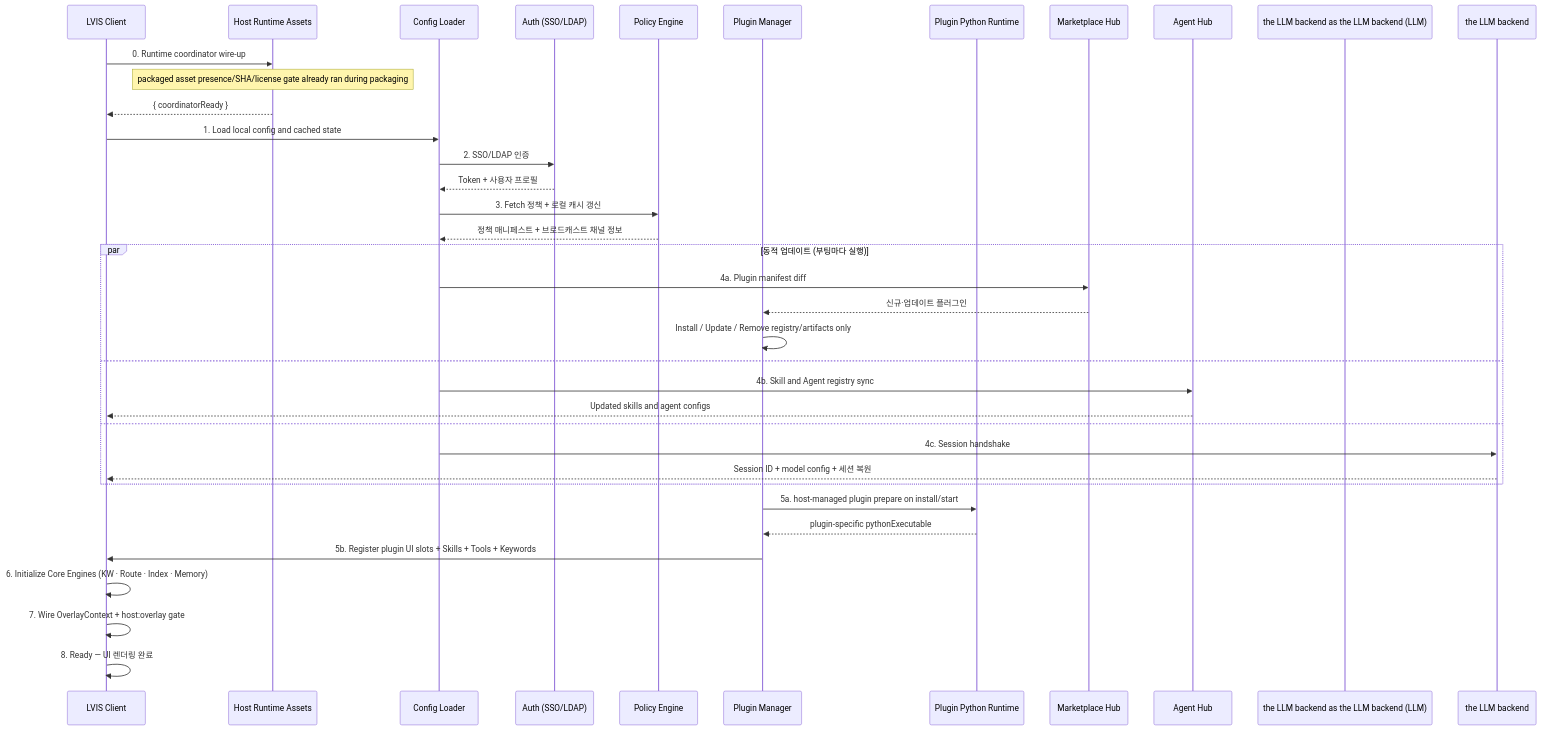
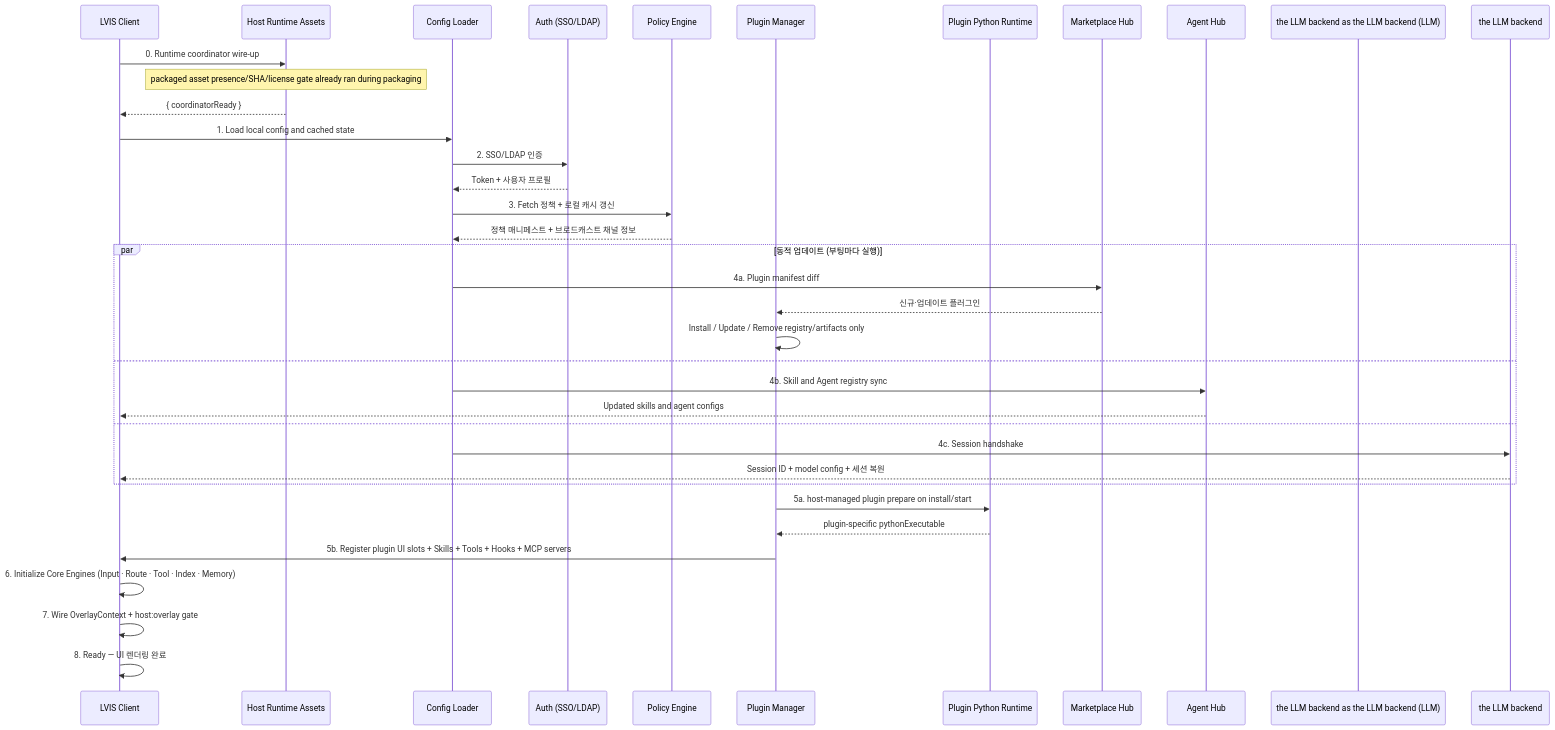
The sixth of 44 diagrams in docs/ko/architecture/architecture.md (lvis-project/lvis-app), drawn with Mermaid before and after one commit. The commit also changed other lines of this file and 10 other files, not shown here.

````diff
--- a/docs/ko/architecture/architecture.md
+++ b/docs/ko/architecture/architecture.md
@@ -392,44 +392,44 @@
 ```mermaid
 sequenceDiagram
     participant App as LVIS Client
     participant HostRT as Host Runtime Assets
     participant Config as Config Loader
     participant Auth as Auth (SSO/LDAP)
     participant Policy as Policy Engine
     participant PluginMgr as Plugin Manager
     participant PythonRT as Plugin Python Runtime
     participant Market as Marketplace Hub
     participant AgentHub as Agent Hub
     participant the LLM backend as the LLM backend (LLM)
 
     App->>HostRT: 0. Runtime coordinator wire-up
     Note over HostRT: packaged asset presence/SHA/license gate already ran during packaging
     HostRT-->>App: { coordinatorReady }
 
     App->>Config: 1. Load local config and cached state
     Config->>Auth: 2. SSO/LDAP 인증
     Auth-->>Config: Token + 사용자 프로필
     Config->>Policy: 3. Fetch 정책 + 로컬 캐시 갱신
     Policy-->>Config: 정책 매니페스트 + 브로드캐스트 채널 정보
 
     par 동적 업데이트 (부팅마다 실행)
         Config->>Market: 4a. Plugin manifest diff
         Market-->>PluginMgr: 신규·업데이트 플러그인
         PluginMgr->>PluginMgr: Install / Update / Remove registry/artifacts only
     and
         Config->>AgentHub: 4b. Skill and Agent registry sync
         AgentHub-->>App: Updated skills and agent configs
     and
         Config->>the LLM backend: 4c. Session handshake
         the LLM backend-->>App: Session ID + model config + 세션 복원
     end
 
     PluginMgr->>PythonRT: 5a. host-managed plugin prepare on install/start
     PythonRT-->>PluginMgr: plugin-specific pythonExecutable
-    PluginMgr->>App: 5b. Register plugin UI slots + Skills + Tools + Keywords
-    App->>App: 6. Initialize Core Engines (KW · Route · Index · Memory)
+    PluginMgr->>App: 5b. Register plugin UI slots + Skills + Tools + Hooks + MCP servers
+    App->>App: 6. Initialize Core Engines (Input · Route · Tool · Index · Memory)
 
     App->>App: 7. Wire OverlayContext + host:overlay gate
 
     App->>App: 8. Ready — UI 렌더링 완료
 ```
````
